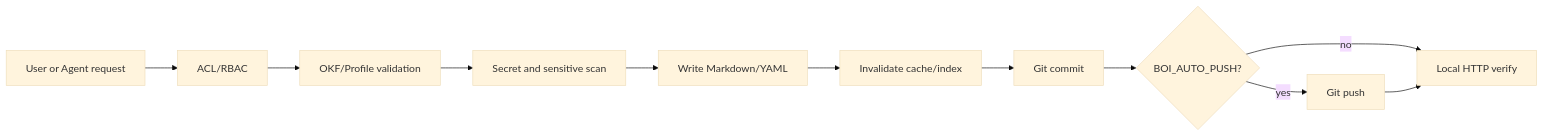
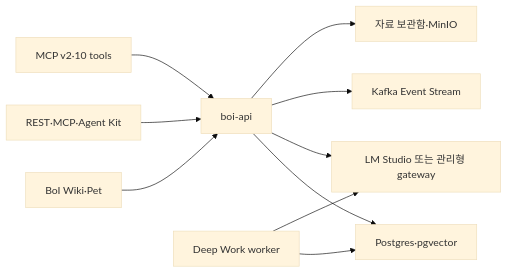
Before and after one commit to chokukil/boi-wiki: the diagram in data/boi/public/boi-wiki-manual/agent/deployment-and-verification.md, drawn with Mermaid (base theme). The commit also changed other lines of this file and 89 other files, not shown here.

````diff
--- a/data/boi/public/boi-wiki-manual/agent/deployment-and-verification.md
+++ b/data/boi/public/boi-wiki-manual/agent/deployment-and-verification.md
@@ -130,13 +38,12 @@
 ```mermaid
 flowchart LR
-  REQ["User or Agent request"] --> ACL["ACL/RBAC"]
-  ACL --> VALID["OKF/Profile validation"]
-  VALID --> SECRET["Secret and sensitive scan"]
-  SECRET --> WRITE["Write Markdown/YAML"]
-  WRITE --> CACHE["Invalidate cache/index"]
-  CACHE --> COMMIT["Git commit"]
-  COMMIT --> PUSH{"BOI_AUTO_PUSH?"}
-  PUSH -->|yes| REMOTE["Git push"]
-  PUSH -->|no| VERIFY["Local HTTP verify"]
-  REMOTE --> VERIFY
+  WEB["BoI Wiki·Pet"] --> API["boi-api"]
+  EXT["REST·MCP·Agent Kit"] --> API
+  API --> PG["Postgres·pgvector"]
+  API --> MODEL["LM Studio 또는 관리형 gateway"]
+  API --> KAFKA["Kafka Event Stream"]
+  API --> MINIO["자료 보관함·MinIO"]
+  WORKER["Deep Work worker"] --> PG
+  WORKER --> MODEL
+  MCP["MCP v2·10 tools"] --> API
 ```
````
